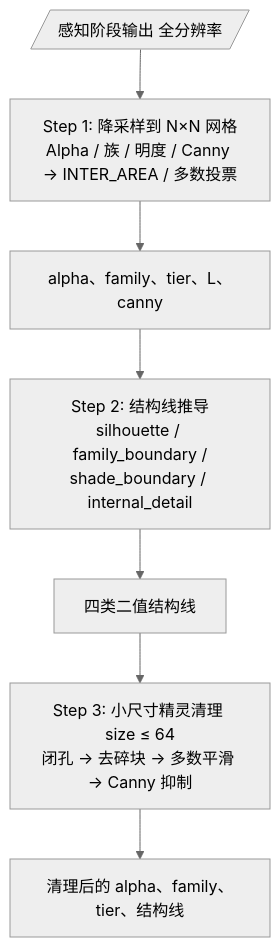
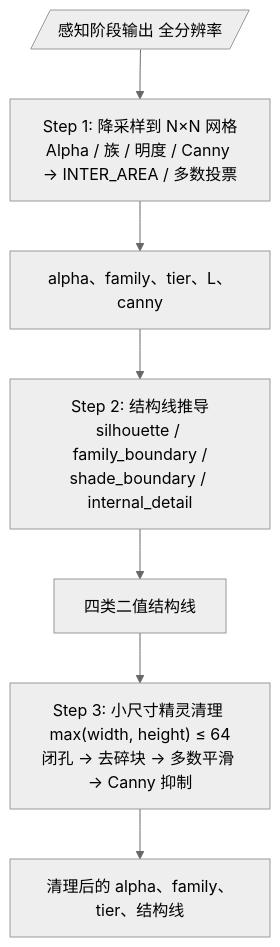
Before and after one commit to asinkLuno/img2pixelart: the diagram in docs/结构阶段.md, drawn with Mermaid (neutral theme). The commit also changed other lines of this file and 21 other files, not shown here.

````diff
--- a/docs/结构阶段.md
+++ b/docs/结构阶段.md
@@ -9,12 +9,12 @@
 ```mermaid
 flowchart TD
     INPUT[/感知阶段输出 全分辨率/]
     S1["Step 1: 降采样到 N×N 网格<br/>Alpha / 族 / 明度 / Canny → INTER_AREA / 多数投票"]
     S1_OUT["alpha、family、tier、L、canny"]
     S2["Step 2: 结构线推导<br/>silhouette / family_boundary /<br/>shade_boundary / internal_detail"]
     S2_OUT["四类二值结构线"]
-    S3["Step 3: 小尺寸精灵清理 size ≤ 64<br/>闭孔 → 去碎块 → 多数平滑 → Canny 抑制"]
+    S3["Step 3: 小尺寸精灵清理 max(width, height) ≤ 64<br/>闭孔 → 去碎块 → 多数平滑 → Canny 抑制"]
     S3_OUT["清理后的 alpha、family、tier、结构线"]
 
     INPUT --> S1 --> S1_OUT --> S2 --> S2_OUT --> S3 --> S3_OUT
 ```
````
